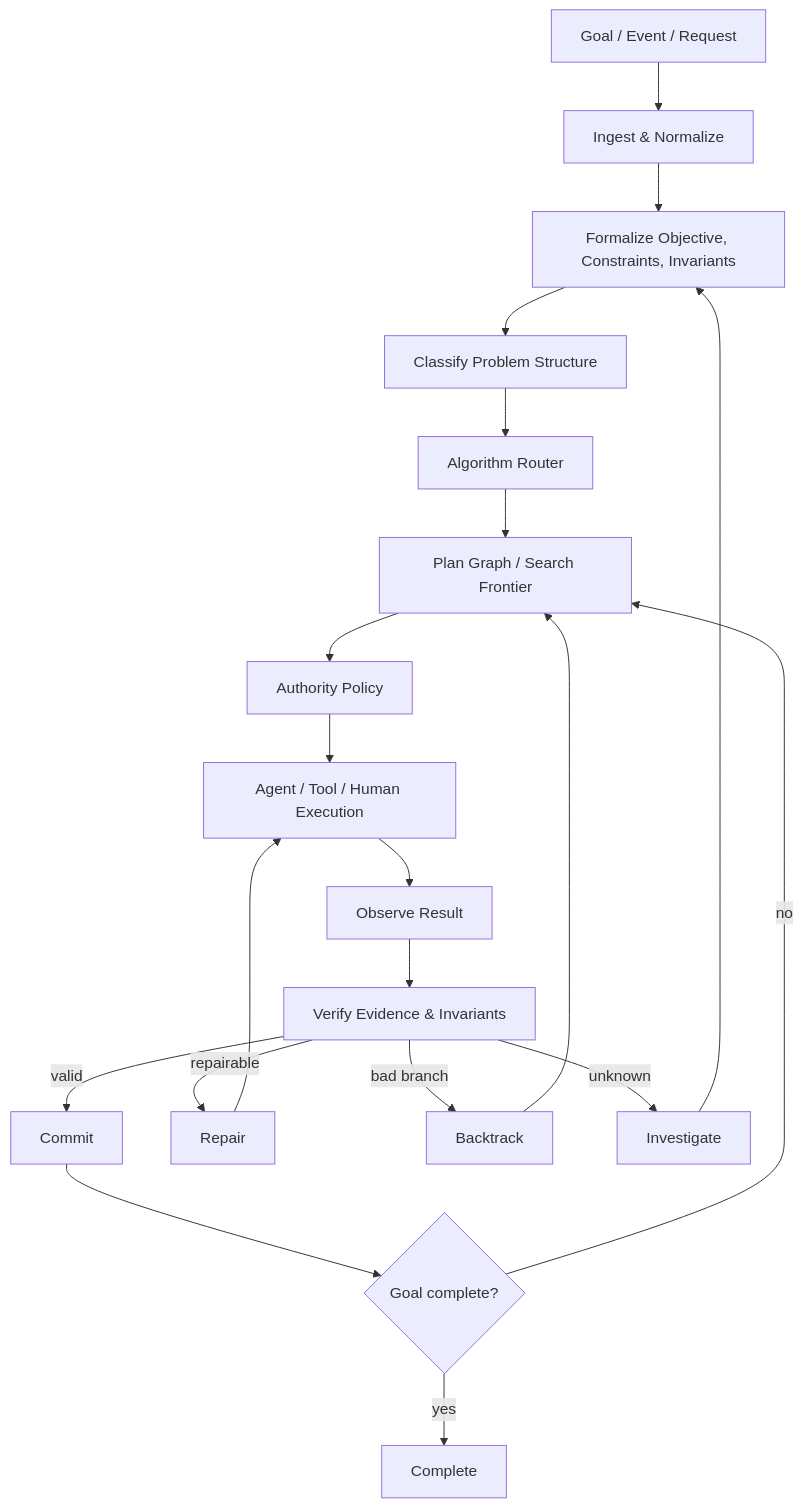
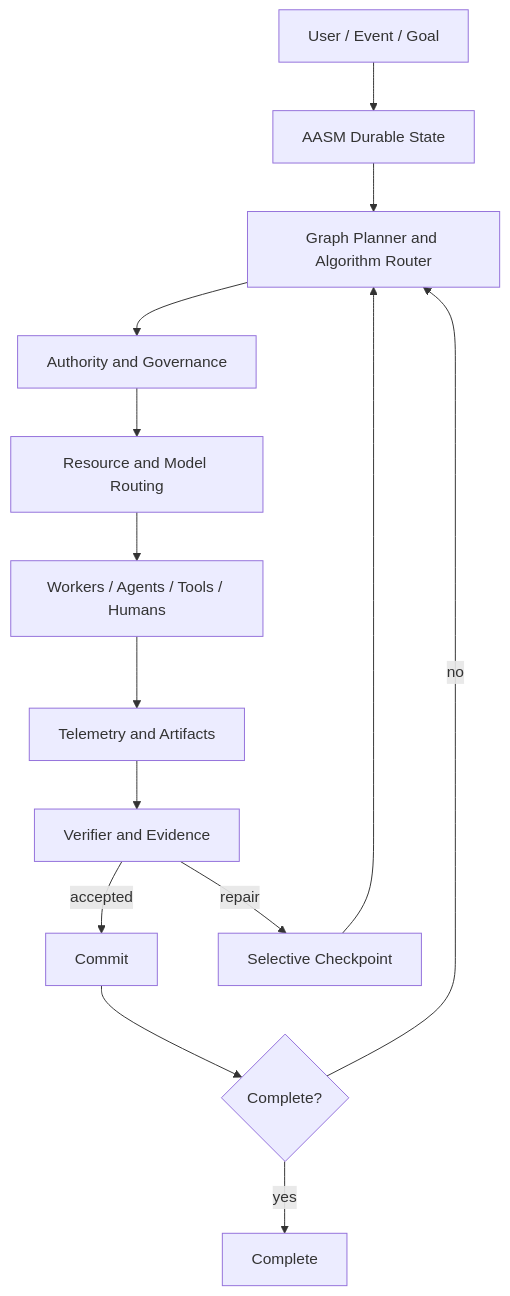
The diagram in README.md (halthinks/AASM), drawn with Mermaid before and after one commit. The commit also changed other lines of this file, not shown here.

Commit message:
AASM v0.19: publish mission-control README

````diff
--- a/README.md
+++ b/README.md
@@ -80,22 +138,16 @@
 ```mermaid
 flowchart TD
-    G[Goal / Event / Request] --> I[Ingest & Normalize]
-    I --> F[Formalize Objective, Constraints, Invariants]
-    F --> C[Classify Problem Structure]
-    C --> R[Algorithm Router]
-    R --> P[Plan Graph / Search Frontier]
-    P --> A[Authority Policy]
-    A --> X[Agent / Tool / Human Execution]
-    X --> O[Observe Result]
-    O --> V[Verify Evidence & Invariants]
-    V -->|valid| K[Commit]
-    V -->|repairable| E[Repair]
-    V -->|bad branch| B[Backtrack]
-    V -->|unknown| N[Investigate]
-    K --> D{Goal complete?}
+    U[User / Event / Goal] --> S[AASM Durable State]
+    S --> P[Graph Planner and Algorithm Router]
+    P --> A[Authority and Governance]
+    A --> R[Resource and Model Routing]
+    R --> W[Workers / Agents / Tools / Humans]
+    W --> T[Telemetry and Artifacts]
+    T --> V[Verifier and Evidence]
+    V -->|accepted| C[Commit]
+    V -->|repair| X[Selective Checkpoint]
+    X --> P
+    C --> D{Complete?}
     D -->|no| P
     D -->|yes| Z[Complete]
-    E --> X
-    B --> P
-    N --> F
 ```
````
